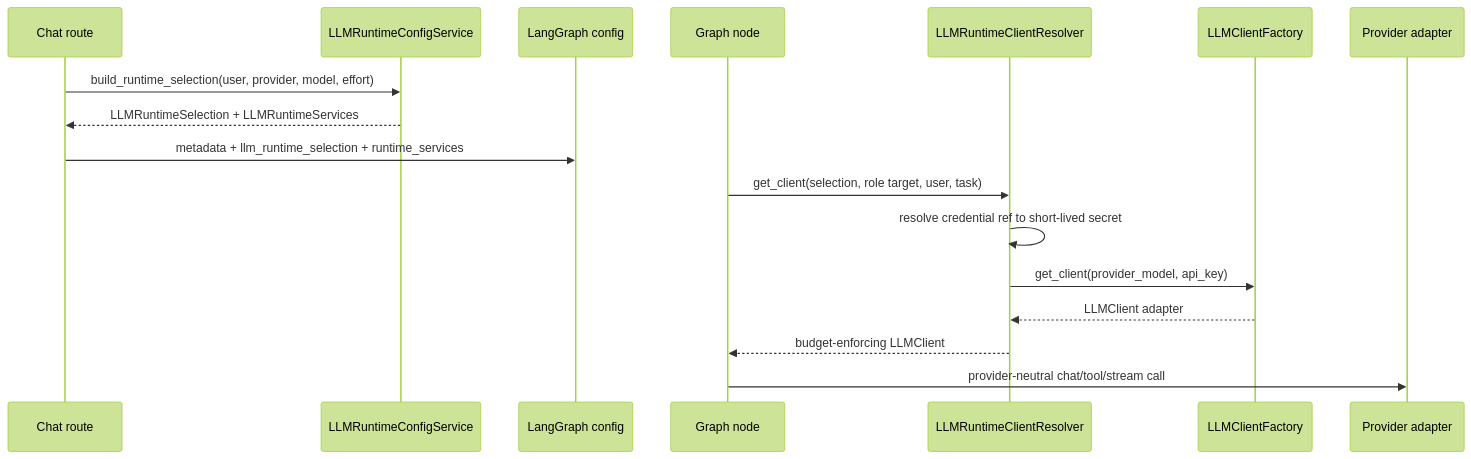
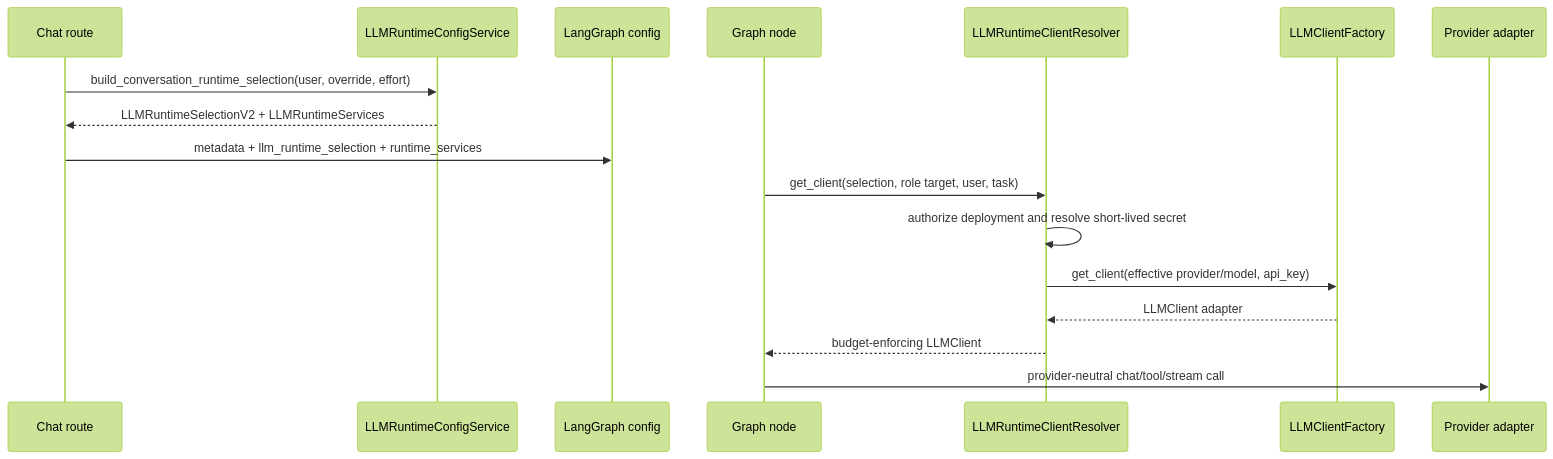
One commit to quareth/drowAI changed the second of 2 diagrams in docs/architecture/models.md. Above: the diagram before and after it, drawn with Mermaid (forest theme). The commit also changed other lines of this file and 295 other files, not shown here.

````diff
--- a/docs/architecture/models.md
+++ b/docs/architecture/models.md
@@ -193,20 +226,20 @@
 ```mermaid
 sequenceDiagram
     participant API as Chat route
     participant Runtime as LLMRuntimeConfigService
     participant Graph as LangGraph config
     participant Node as Graph node
     participant Resolver as LLMRuntimeClientResolver
     participant Factory as LLMClientFactory
     participant Adapter as Provider adapter
 
-    API->>Runtime: build_runtime_selection(user, provider, model, effort)
-    Runtime-->>API: LLMRuntimeSelection + LLMRuntimeServices
+    API->>Runtime: build_conversation_runtime_selection(user, override, effort)
+    Runtime-->>API: LLMRuntimeSelectionV2 + LLMRuntimeServices
     API->>Graph: metadata + llm_runtime_selection + runtime_services
     Node->>Resolver: get_client(selection, role target, user, task)
-    Resolver->>Resolver: resolve credential ref to short-lived secret
-    Resolver->>Factory: get_client(provider_model, api_key)
+    Resolver->>Resolver: authorize deployment and resolve short-lived secret
+    Resolver->>Factory: get_client(effective provider/model, api_key)
     Factory-->>Resolver: LLMClient adapter
     Resolver-->>Node: budget-enforcing LLMClient
     Node->>Adapter: provider-neutral chat/tool/stream call
 ```
````
